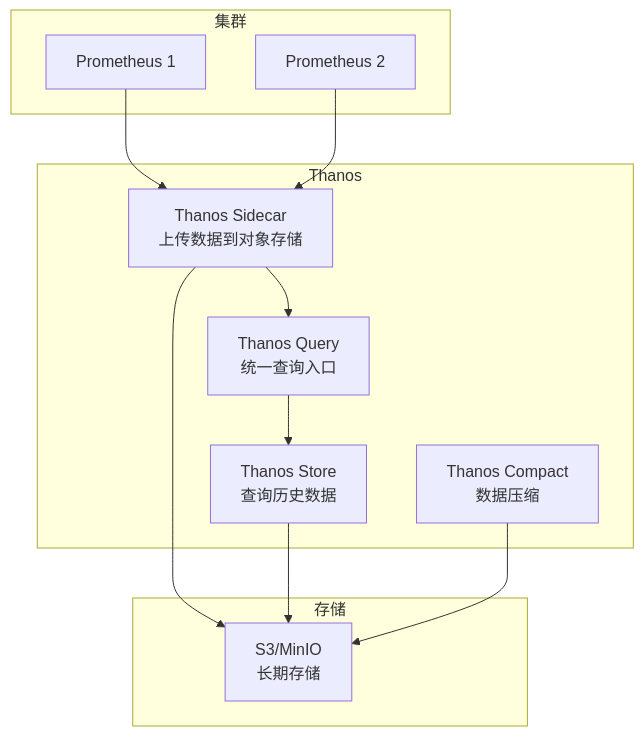
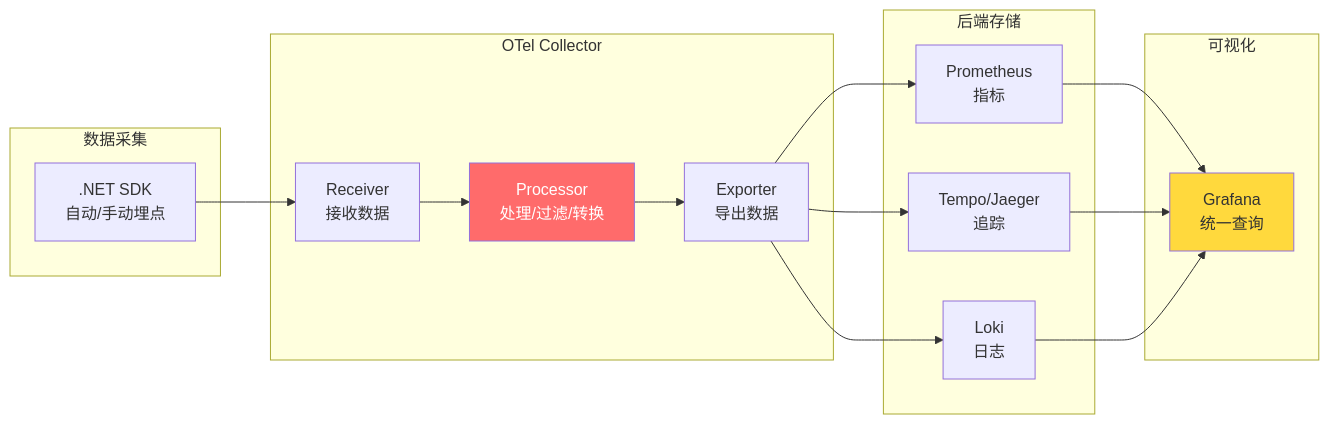
One commit to moklgydocs/moklgydocs.github.io changed the eighth of 11 diagrams in src/运维与部署/Docker_K8s/08_云原生生态/03_云原生工具链.md. Above: the diagram before and after it, drawn with Mermaid. The commit also changed other lines of this file and 1 other file, not shown here.

````diff
--- a/src/运维与部署/Docker_K8s/08_云原生生态/03_云原生工具链.md
+++ b/src/运维与部署/Docker_K8s/08_云原生生态/03_云原生工具链.md
@@ -927,26 +878,35 @@
 ```mermaid
-flowchart TB
-    subgraph 集群
-        P1["Prometheus 1"]
-        P2["Prometheus 2"]
+graph LR
+    subgraph "数据采集"
+        SDK[".NET SDK<br/>自动/手动埋点"]
     end
 
-    subgraph Thanos
-        Sidecar["Thanos Sidecar<br/>上传数据到对象存储"]
-        Query["Thanos Query<br/>统一查询入口"]
-        Store["Thanos Store<br/>查询历史数据"]
-        Compact["Thanos Compact<br/>数据压缩"]
+    subgraph "OTel Collector"
+        REC["Receiver<br/>接收数据"]
+        PROC["Processor<br/>处理/过滤/转换"]
+        EXP["Exporter<br/>导出数据"]
     end
 
-    subgraph 存储
-        S3["S3/MinIO<br/>长期存储"]
+    subgraph "后端存储"
+        PROM2["Prometheus<br/>指标"]
+        TEMPO["Tempo/Jaeger<br/>追踪"]
+        LOKI2["Loki<br/>日志"]
     end
 
-    P1 --> Sidecar
-    P2 --> Sidecar
-    Sidecar --> S3
-    Sidecar --> Query
-    Query --> Store
-    Store --> S3
-    Compact --> S3
+    subgraph "可视化"
+        GRAFANA2["Grafana<br/>统一查询"]
+    end
+
+    SDK --> REC
+    REC --> PROC
+    PROC --> EXP
+    EXP --> PROM2
+    EXP --> TEMPO
+    EXP --> LOKI2
+    PROM2 --> GRAFANA2
+    TEMPO --> GRAFANA2
+    LOKI2 --> GRAFANA2
+
+    style PROC fill:#ff6b6b,color:#fff
+    style GRAFANA2 fill:#ffd93d,color:#333
 ```
````
